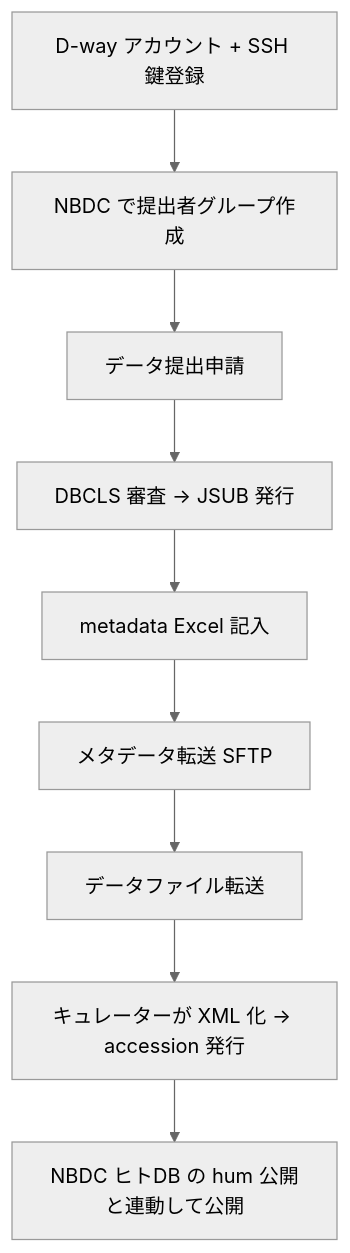
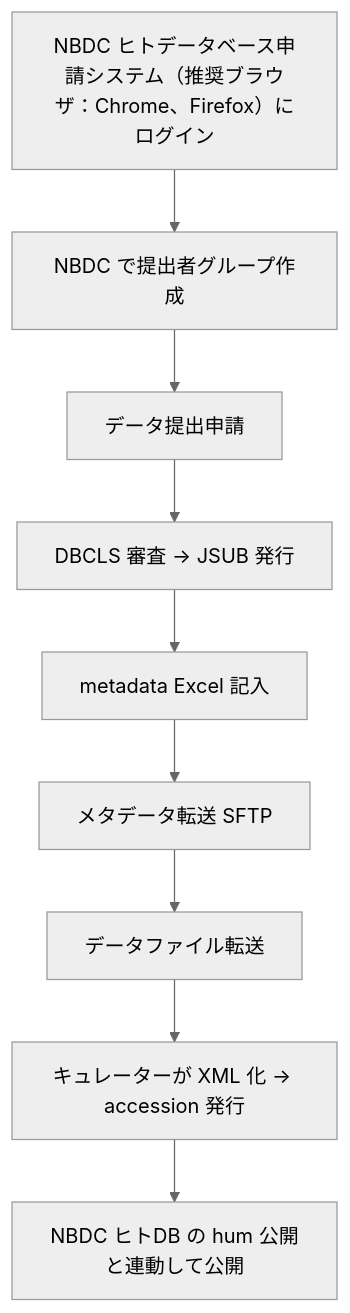
One commit to ddbj/db-portal changed the diagram in page-contents/jga/index.md. Above: the diagram before and after it, drawn with Mermaid (neutral theme). The commit also changed other lines of this file, not shown here.

````diff
--- a/page-contents/jga/index.md
+++ b/page-contents/jga/index.md
@@ -59,13 +61,13 @@
 ```mermaid
 flowchart TD
-  S1[D-way アカウント + SSH 鍵登録]
+  S1[NBDC ヒトデータベース申請システム（推奨ブラウザ：Chrome、Firefox）にログイン] 
   S2[NBDC で提出者グループ作成]
   S3[データ提出申請]
   S4[DBCLS 審査 → JSUB 発行]
   S5[metadata Excel 記入]
   S6[メタデータ転送 SFTP]
   S7[データファイル転送]
   S8[キュレーターが XML 化 → accession 発行]
   S9[NBDC ヒトDB の hum 公開と連動して公開]
   S1 --> S2 --> S3 --> S4 --> S5 --> S6 --> S7 --> S8 --> S9
 ```
````
